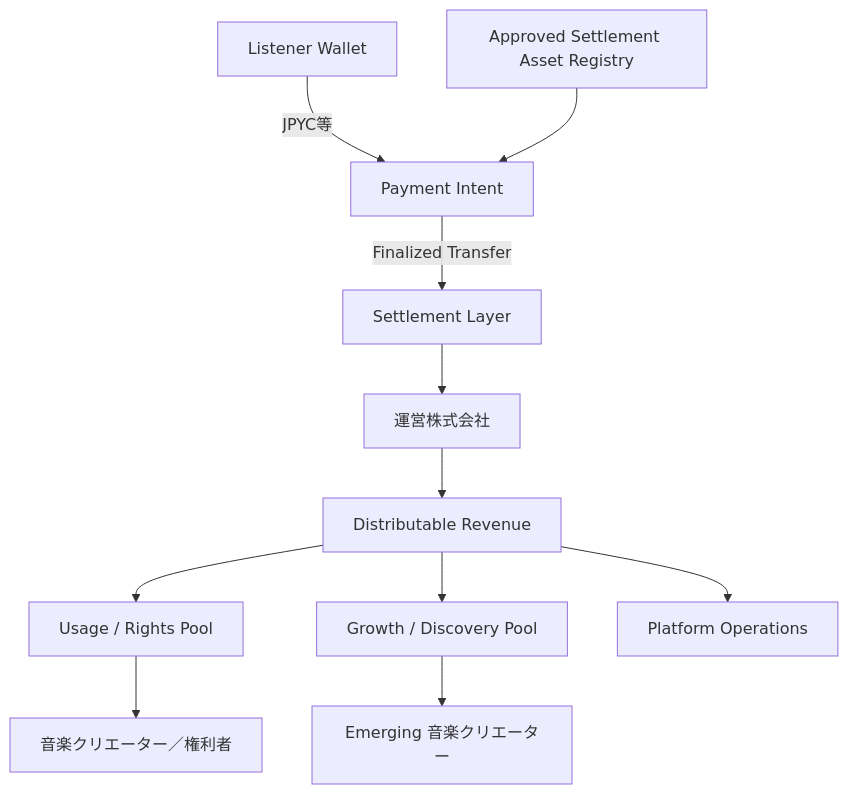
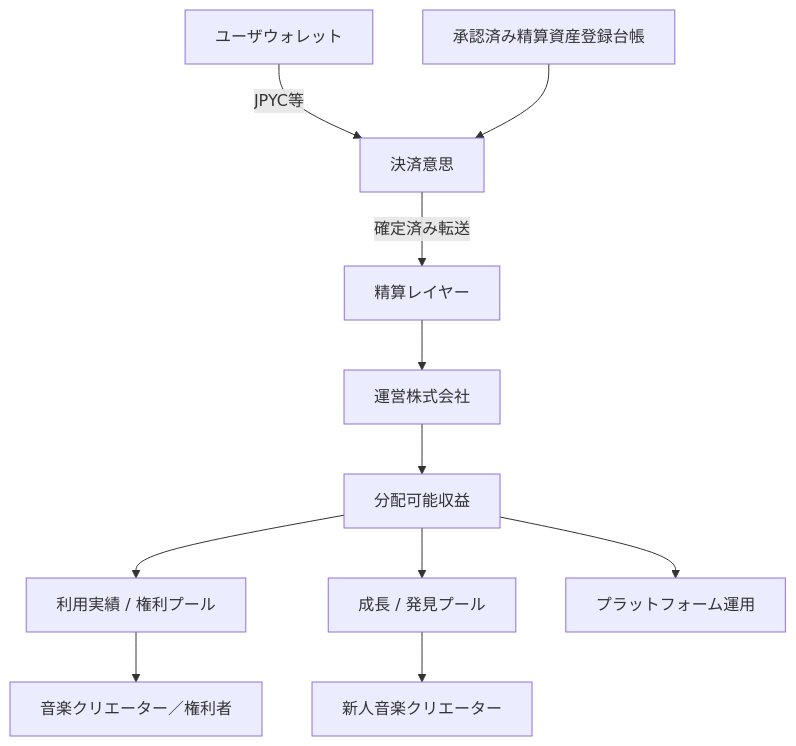
Before and after one commit to ShigeichiroYamasaki/creator-first-platform: the seventh of 17 diagrams in docs/whitepaper/03-rights-and-money.md, drawn with Mermaid. The commit also changed other lines of this file and 72 other files, not shown here.

````diff
--- a/docs/whitepaper/03-rights-and-money.md
+++ b/docs/whitepaper/03-rights-and-money.md
@@ -175,13 +175,13 @@
 ```mermaid
 flowchart TD
-    USER[Listener Wallet] -->|JPYC等| INTENT[Payment Intent]
-    REG[Approved Settlement Asset Registry] --> INTENT
-    INTENT -->|Finalized Transfer| PAY[Settlement Layer]
+    USER[ユーザウォレット] -->|JPYC等| INTENT[決済意思]
+    REG[承認済み精算資産登録台帳] --> INTENT
+    INTENT -->|確定済み転送| PAY[精算レイヤー]
     PAY --> CORP[運営株式会社]
-    CORP --> POOL[Distributable Revenue]
-    POOL --> RIGHTS[Usage / Rights Pool]
-    POOL --> GROWTH[Growth / Discovery Pool]
-    POOL --> OPS[Platform Operations]
+    CORP --> POOL[分配可能収益]
+    POOL --> RIGHTS[利用実績 / 権利プール]
+    POOL --> GROWTH[成長 / 発見プール]
+    POOL --> OPS[プラットフォーム運用]
     RIGHTS --> CREATOR[音楽クリエーター／権利者]
-    GROWTH --> EMERGING[Emerging 音楽クリエーター]
+    GROWTH --> EMERGING[新人音楽クリエーター]
 ```
````
